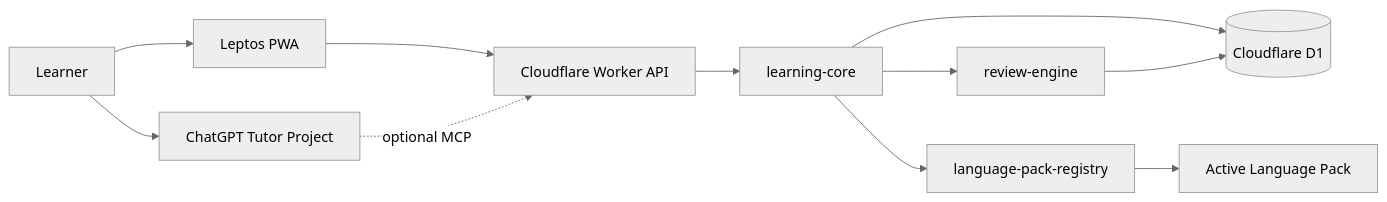
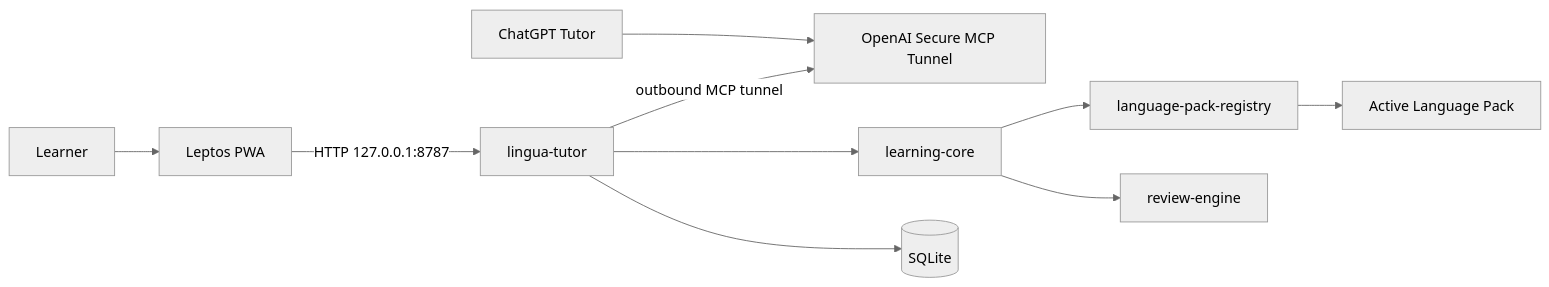
Before and after one commit to agredyaev/lingua-tutor: the diagram in docs/spec/01-architecture.md, drawn with Mermaid (neutral theme). The commit also changed other lines of this file and 542 other files, not shown here.

````diff
--- a/docs/spec/01-architecture.md
+++ b/docs/spec/01-architecture.md
@@ -8,23 +7,23 @@
 ```mermaid
 flowchart LR
     U[Learner]
-    C[ChatGPT Tutor Project]
+    C[ChatGPT Tutor]
     P[Leptos PWA]
-    W[Cloudflare Worker API]
-    D[(Cloudflare D1)]
+    L[lingua-tutor]
+    D[(SQLite)]
+    T[OpenAI Secure MCP Tunnel]
     CORE[learning-core]
     REV[review-engine]
     REG[language-pack-registry]
     LP[Active Language Pack]
 
-    U --> C
     U --> P
-    P --> W
-    W --> CORE
-    CORE --> D
+    P -->|HTTP 127.0.0.1:8787| L
+    L --> D
+    L --> CORE
     CORE --> REV
     CORE --> REG
     REG --> LP
-    REV --> D
-    C -. optional MCP .-> W
+    C --> T
+    L -->|outbound MCP tunnel| T
 ```
````
